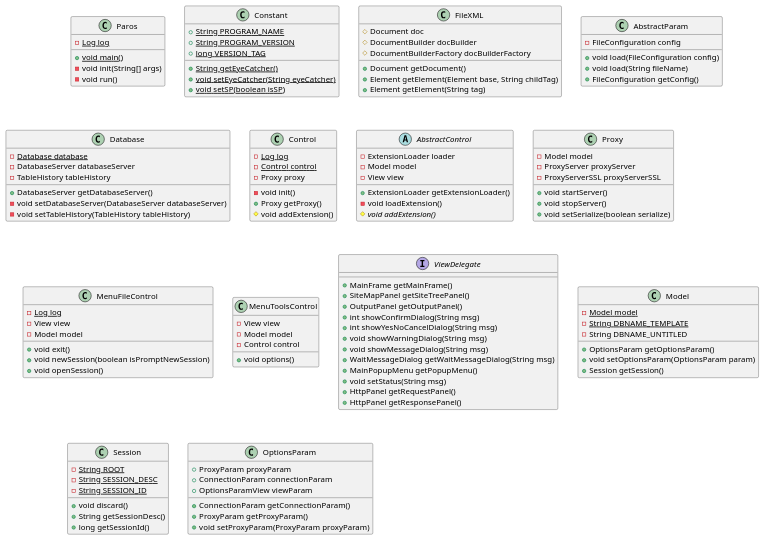
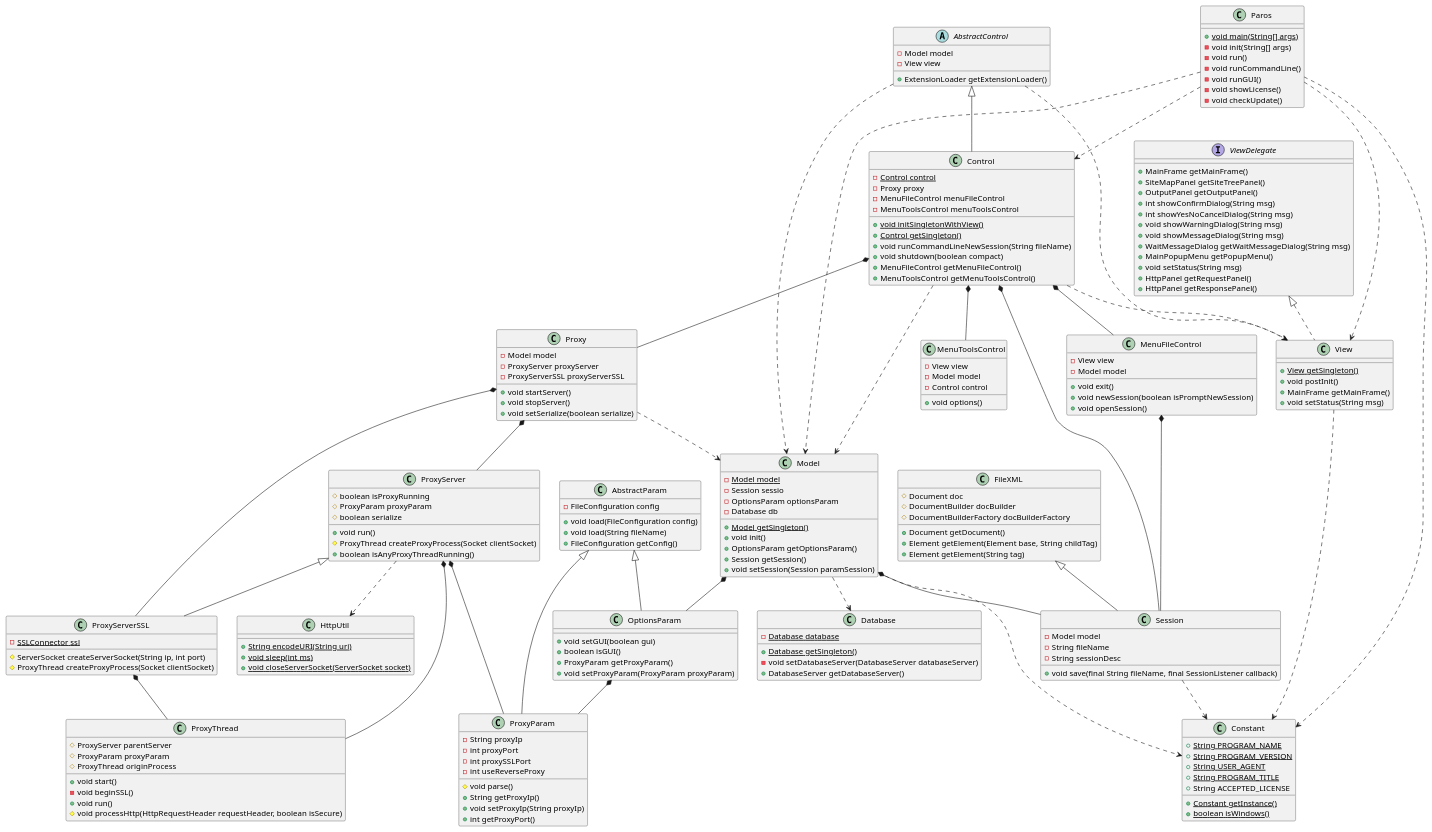
One commit to DrZIn-dev/SAD-Assignments changed the diagram in assignment_05/paros.puml. Above: the diagram before and after it, drawn with PlantUML.

Commit message:
done: ass 05

```diff
--- a/assignment_05/paros.puml
+++ b/assignment_05/paros.puml
@@ -1,22 +1,121 @@
 @startuml Paros
+
+' clear
 class Paros {
-    - {static} Log log
-    + {static} void main()
+    + {static} void main(String[] args)
     - void init(String[] args)
     - void run()
+    - void runCommandLine()
+    - void runGUI()
+    - void showLicense()
+    - void checkUpdate()
+}
+Paros ..> Constant
+Paros ..> Model
+Paros ..> View
+Paros ..> Control
+
+' clear
+class Constant {
+    {static} + String PROGRAM_NAME
+    {static} + String PROGRAM_VERSION
+    {static}+ String USER_AGENT
+    {static} + String PROGRAM_TITLE
+    + String ACCEPTED_LICENSE
+
+    {static} + Constant getInstance()
+    {static} + boolean isWindows() 
 }
 
+' clear
+class Model {
+    {static} - Model model
+    - Session sessio
+    - OptionsParam optionsParam
+    - Database db
 
-class Constant {
-    + {static} String PROGRAM_NAME
-    + {static} String PROGRAM_VERSION
-    + {static} long VERSION_TAG
+    {static} + Model getSingleton()
+    + void init()
+    + OptionsParam getOptionsParam()
+    + Session getSession()
+    + void setSession(Session paramSession) 
+}
+Model *-- OptionsParam
+Model *-- Session
+Model ..> Constant
+Model ..> Database
 
-    + {static} String getEyeCatcher()
-    + {static} void setEyeCatcher(String eyeCatcher)
-    + {static} void setSP(boolean isSP) 
+' clear
+class View {
+    {static} + View getSingleton()
+    + void postInit()
+    + MainFrame getMainFrame()
+    + void setStatus(String msg) 
+}
+class View implements ViewDelegate
+View ..> Constant
+
+' clear
+class Control {
+    {static} - Control control
+    - Proxy proxy
+    - MenuFileControl menuFileControl
+    - MenuToolsControl menuToolsControl
+
+    {static} + void initSingletonWithView()
+    {static} + Control getSingleton()
+    + void runCommandLineNewSession(String fileName)
+    + void shutdown(boolean compact)
+    + MenuFileControl getMenuFileControl()
+    + MenuToolsControl getMenuToolsControl()
+}
+class Control extends AbstractControl
+Control *-- Session
+Control *-- Proxy
+Control *-- MenuFileControl
+Control *-- MenuToolsControl
+Control ..> Model
+Control ..> View
+
+' clear
+abstract class AbstractControl {
+    - Model model
+    - View view
+
+    + ExtensionLoader getExtensionLoader()
+}
+AbstractControl ..> Model
+AbstractControl ..> View
+
+' clear
+class OptionsParam {
+    + void setGUI(boolean gui)
+    + boolean isGUI()
+    + ProxyParam getProxyParam()
+    + void setProxyParam(ProxyParam proxyParam)
+}
+class OptionsParam extends AbstractParam
+OptionsParam *-- ProxyParam
+
+' clear
+class Database {
+    {static} - Database database
+    {static} + Database getSingleton()
+    - void setDatabaseServer(DatabaseServer databaseServer)
+    + DatabaseServer getDatabaseServer()
 }
 
+' clear
+class Session {
+    - Model model
+    - String fileName
+    - String sessionDesc
+    + void save(final String fileName, final SessionListener callback)
+}
+class Session extends FileXML
+Session ..> Constant
+
+' clear
 class FileXML {
     # Document doc
     # DocumentBuilder docBuilder
@@ -27,6 +126,7 @@
     + Element getElement(String tag)
 }
 
+' clear
 class AbstractParam {
     - FileConfiguration config
 
@@ -35,36 +135,7 @@
     + FileConfiguration getConfig()
 }
 
-class Database {
-    - {static} Database database
-	- DatabaseServer databaseServer
-	- TableHistory tableHistory
-
-	+ DatabaseServer getDatabaseServer()
-    - void setDatabaseServer(DatabaseServer databaseServer)
-    - void setTableHistory(TableHistory tableHistory)
-}
-
-class Control {
-    - {static} Log log
-    - {static} Control control
-    - Proxy proxy
-
-    - void init()
-    + Proxy getProxy()
-    # void addExtension()
-}
-
-abstract class AbstractControl {
-    - ExtensionLoader loader
-    - Model model
-    - View view
-
-    + ExtensionLoader getExtensionLoader()
-    - void loadExtension()
-    # {abstract} void addExtension()
-}
-
+' clear
 class Proxy {
     - Model model
 	- ProxyServer proxyServer
@@ -74,9 +145,12 @@
     + void stopServer() 
     + void setSerialize(boolean serialize)
 }
+Proxy ..> Model
+Proxy *-- ProxyServer
+Proxy *-- ProxyServerSSL
 
+' clear
 class MenuFileControl {
-    - {static} Log log 
     - View view
     - Model model
 
@@ -84,7 +158,9 @@
     + void newSession(boolean isPromptNewSession)
     + void openSession()
 }
+MenuFileControl *-- Session
 
+' clear
 class MenuToolsControl {
     - View view
 	- Model model
@@ -93,6 +169,7 @@
     + void options()
 }
 
+' clear
 interface ViewDelegate {
     + MainFrame getMainFrame()    
     + SiteMapPanel getSiteTreePanel()    
@@ -108,33 +185,60 @@
     + HttpPanel getResponsePanel()
 }
 
-class Model {
-    - {static} Model model
-    - {static} String DBNAME_TEMPLATE
-    - String DBNAME_UNTITLED
-
-    + OptionsParam getOptionsParam()
-    + void setOptionsParam(OptionsParam param)
-    + Session getSession()
+' clear
+class HttpUtil {
+    + {static} String encodeURI(String uri)
+    + {static} void sleep(int ms)
+    + {static} void closeServerSocket(ServerSocket socket)
 }
 
-class Session {
-    - {static} String ROOT
-	- {static} String SESSION_DESC
-	- {static} String SESSION_ID
+' clear
+class ProxyServer {
+    # boolean isProxyRunning
+    # ProxyParam proxyParam
+    # boolean serialize
 
-    + void discard()
-    + String getSessionDesc()
-	+ long getSessionId()
+    + void run()
+    # ProxyThread createProxyProcess(Socket clientSocket)
+    + boolean isAnyProxyThreadRunning()
+}
+ProxyServer *-- ProxyParam
+ProxyServer *-- ProxyThread
+ProxyServer ..> HttpUtil
+
+' clear
+class ProxyServerSSL {
+    - {static} SSLConnector ssl
+    # ServerSocket createServerSocket(String ip, int port)
+    # ProxyThread createProxyProcess(Socket clientSocket)
+}
+class ProxyServerSSL extends ProxyServer
+ProxyServerSSL *-- ProxyThread
+
+' clear
+class ProxyParam {
+    - String proxyIp
+    - int proxyPort 
+    - int proxySSLPort 
+    - int useReverseProxy 
+
+    # void parse()
+    + String getProxyIp()
+    + void setProxyIp(String proxyIp)
+    + int getProxyPort()
+}
+class ProxyParam extends AbstractParam
+
+' clear
+class ProxyThread {
+    # ProxyServer parentServer
+    # ProxyParam proxyParam
+    # ProxyThread originProcess
+
+    + void start()
+    - void beginSSL()
+    + void run()
+    # void processHttp(HttpRequestHeader requestHeader, boolean isSecure)
 }
 
-class OptionsParam {
-	+ ProxyParam proxyParam
-	+ ConnectionParam connectionParam
-	+ OptionsParamView viewParam
-
-    + ConnectionParam getConnectionParam()
-	+ ProxyParam getProxyParam()
-	+ void setProxyParam(ProxyParam proxyParam)
-}
 @enduml
```
